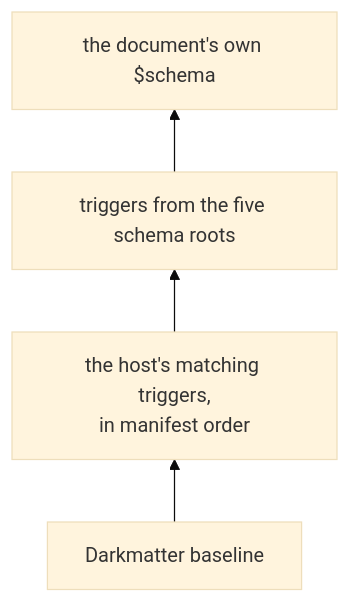
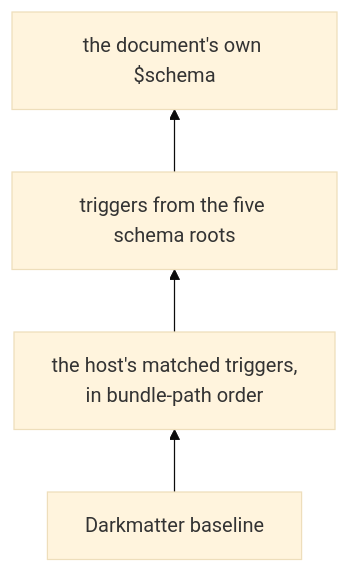
One commit to yankeeinlondon/rusty-biscuit changed the fourth of 6 diagrams in darkmatter/docs/topics/host-registration.md. Above: the diagram before and after it, drawn with Mermaid (base theme). The commit also changed other lines of this file and 67 other files, not shown here.

First line of the commit message:
feat(darkmatter): complete host registration v2

````diff
--- a/darkmatter/docs/topics/host-registration.md
+++ b/darkmatter/docs/topics/host-registration.md
@@ -458,6 +492,6 @@
 ```mermaid
 flowchart BT
-    B[Darkmatter baseline] --> H[the host's matching triggers,<br/>in manifest order]
+    B[Darkmatter baseline] --> H[the host's matched triggers,<br/>in bundle-path order]
     H --> R[triggers from the five schema roots]
     R --> D[the document's own $schema]
 ```
````
